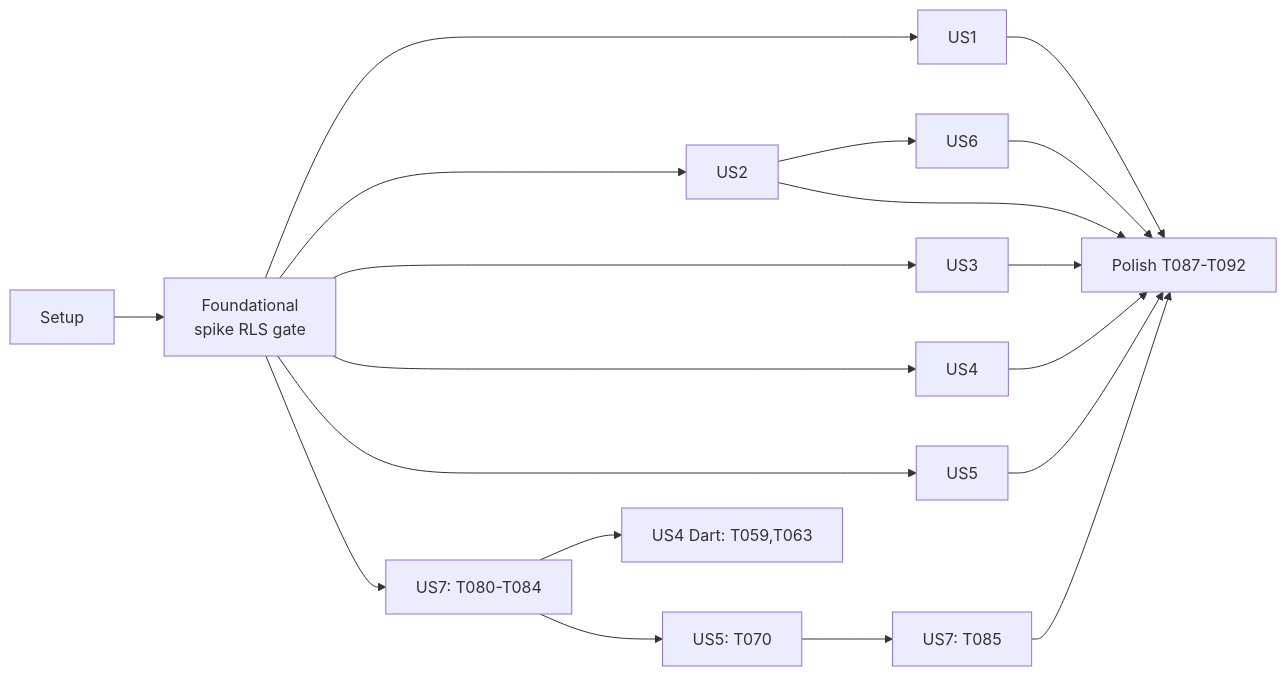
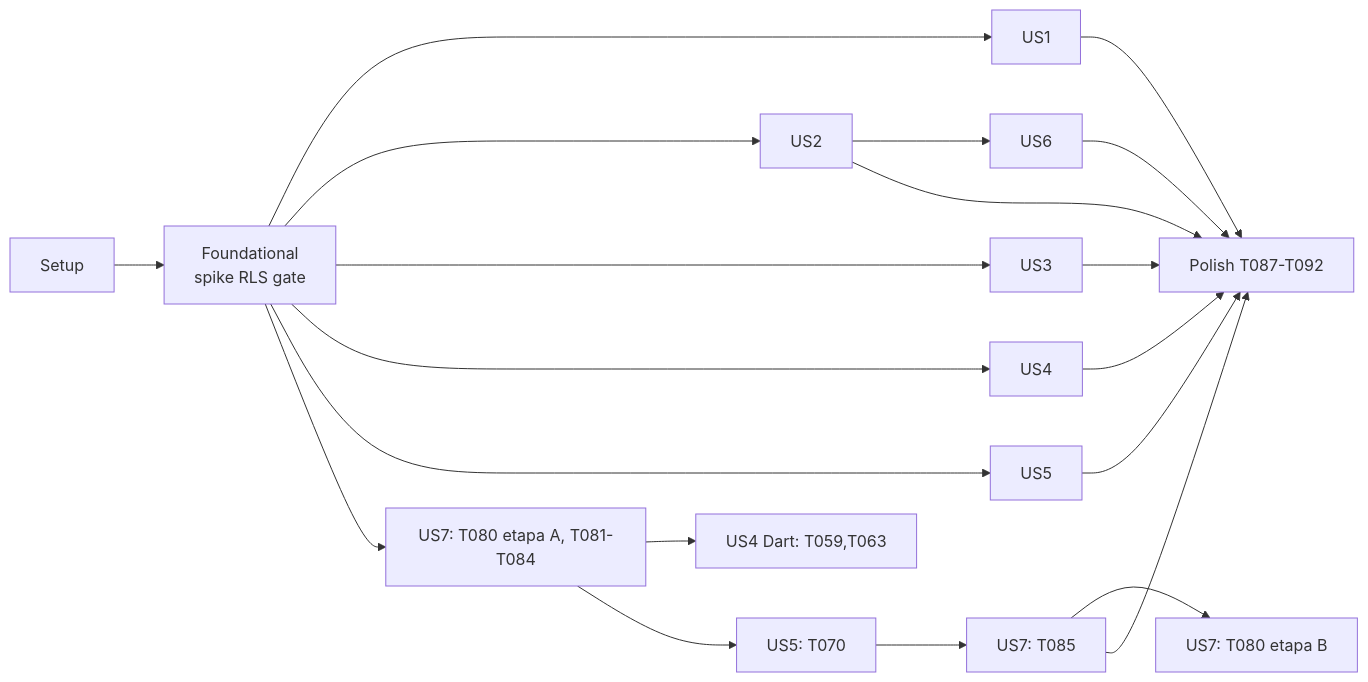
One commit to aguila486/kuota-platform changed the diagram in specs/001-platform-foundation/tasks.md. Above: the diagram before and after it, drawn with Mermaid. The commit also changed other lines of this file and 2 other files, not shown here.

````diff
--- a/specs/001-platform-foundation/tasks.md
+++ b/specs/001-platform-foundation/tasks.md
@@ -289,11 +289,12 @@
 ```mermaid
 flowchart LR
   S[Setup] --> F[Foundational<br/>spike RLS gate]
   F --> US1 & US2 & US3 & US4 & US5
   US2 --> US6
-  F --> US7a[US7: T080-T084]
+  F --> US7a[US7: T080 etapa A, T081-T084]
   US7a --> US4d[US4 Dart: T059,T063]
   US7a --> T070[US5: T070]
   T070 --> T085[US7: T085]
+  T085 --> T080B[US7: T080 etapa B]
   US1 & US2 & US3 & US4 & US5 & US6 & T085 --> P[Polish T087-T092]
 ```
````
